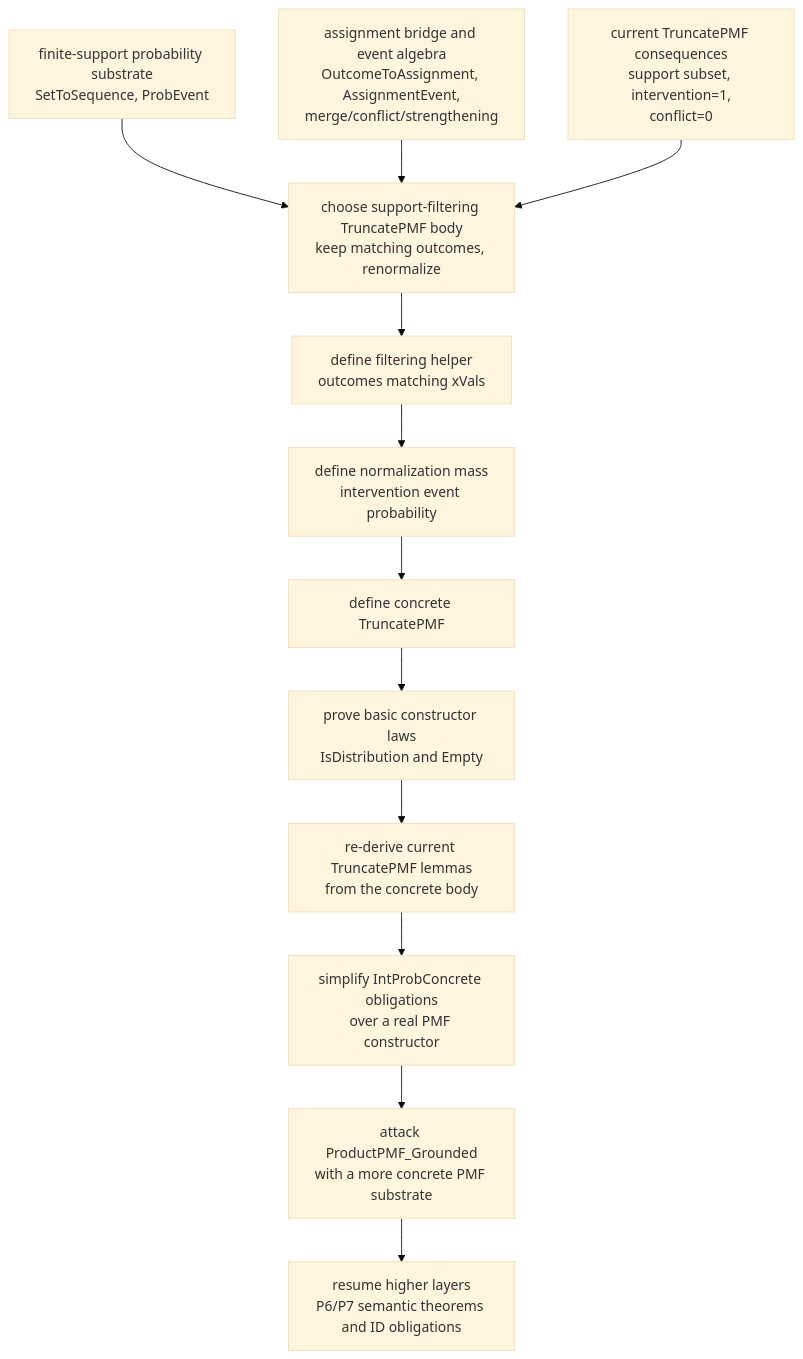
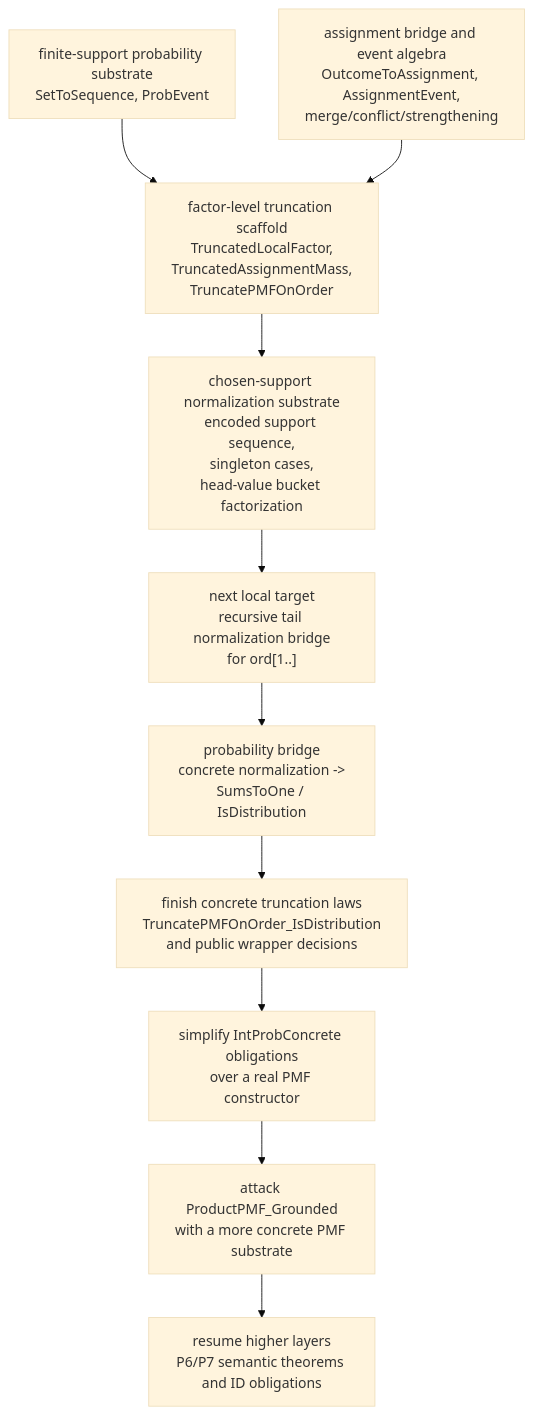
Before and after one commit to y0-causal-inference/y0: the third of 3 diagrams in docs/plans/2026-05-22-dafny-proof-dependency-dags.md, drawn with Mermaid (base theme). The commit also changed other lines of this file and 1 other file, not shown here.

````diff
--- a/docs/plans/2026-05-22-dafny-proof-dependency-dags.md
+++ b/docs/plans/2026-05-22-dafny-proof-dependency-dags.md
@@ -172,27 +173,23 @@
 ```mermaid
 graph TD
   FS["finite-support probability substrate<br/>SetToSequence, ProbEvent"]
   AB["assignment bridge and event algebra<br/>OutcomeToAssignment, AssignmentEvent,<br/>merge/conflict/strengthening"]
-  TS["current TruncatePMF consequences<br/>support subset, intervention=1,<br/>conflict=0"]
-  SF["choose support-filtering TruncatePMF body<br/>keep matching outcomes, renormalize"]
-  KM["define filtering helper<br/>outcomes matching xVals"]
-  Z["define normalization mass<br/>intervention event probability"]
-  TC["define concrete TruncatePMF"]
-  TD["prove basic constructor laws<br/>IsDistribution and Empty"]
-  TR["re-derive current TruncatePMF lemmas<br/>from the concrete body"]
-  IC["simplify IntProbConcrete obligations<br/>over a real PMF constructor"]
+   TF["factor-level truncation scaffold<br/>TruncatedLocalFactor,<br/>TruncatedAssignmentMass,<br/>TruncatePMFOnOrder"]
+   NS["chosen-support normalization substrate<br/>encoded support sequence,<br/>singleton cases,<br/>head-value bucket factorization"]
+   RT["next local target<br/>recursive tail normalization bridge<br/>for ord[1..]"]
+   PB["probability bridge<br/>concrete normalization -><br/>SumsToOne / IsDistribution"]
+   TC["finish concrete truncation laws<br/>TruncatePMFOnOrder_IsDistribution<br/>and public wrapper decisions"]
+   IC["simplify IntProbConcrete obligations<br/>over a real PMF constructor"]
   PG["attack ProductPMF_Grounded<br/>with a more concrete PMF substrate"]
   HI["resume higher layers<br/>P6/P7 semantic theorems and ID obligations"]
 
-  FS --> SF
-  AB --> SF
-  TS --> SF
-  SF --> KM
-  KM --> Z
-  Z --> TC
-  TC --> TD
-  TD --> TR
-  TR --> IC
+   FS --> TF
+   AB --> TF
+   TF --> NS
+   NS --> RT
+   RT --> PB
+   PB --> TC
+   TC --> IC
   IC --> PG
   PG --> HI
 ```
````
